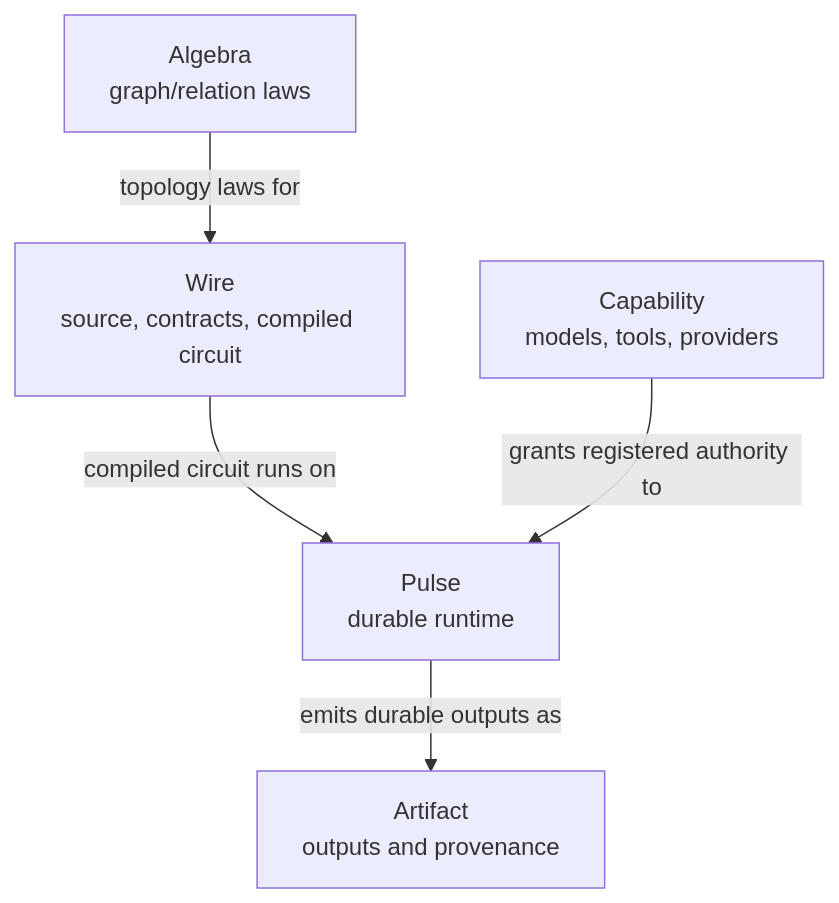
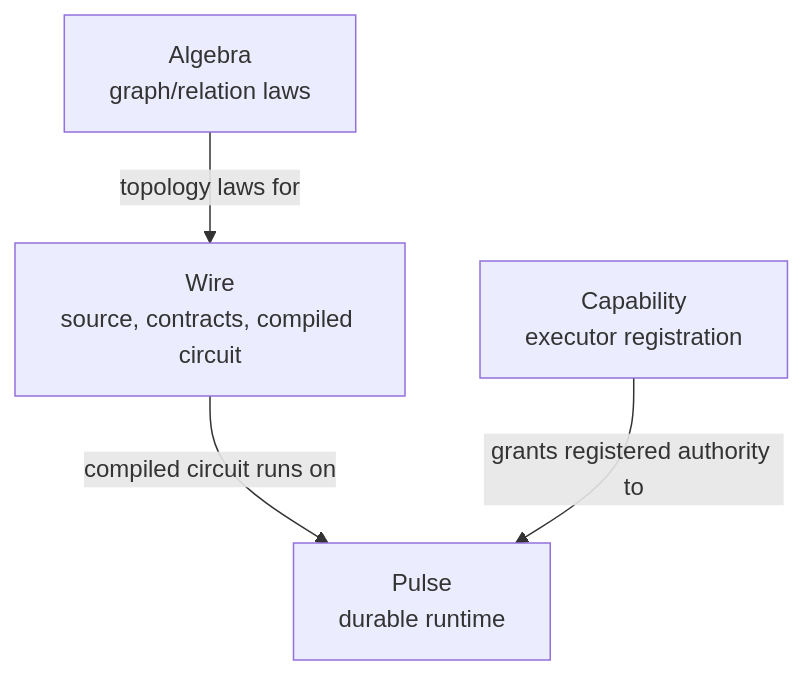
One commit to Digimuoto/cortex changed the diagram in docs/taxonomy.md. Above: the diagram before and after it, drawn with Mermaid. The commit also changed other lines of this file and 60 other files, not shown here.

````diff
--- a/docs/taxonomy.md
+++ b/docs/taxonomy.md
@@ -19,13 +19,11 @@
 ```mermaid
 flowchart TD
     A[Algebra<br/>graph/relation laws]
     W[Wire<br/>source, contracts, compiled circuit]
     P[Pulse<br/>durable runtime]
-    C[Capability<br/>models, tools, providers]
-    R[Artifact<br/>outputs and provenance]
+    C[Capability<br/>executor registration]
 
     A -- "topology laws for" --> W
     W -- "compiled circuit runs on" --> P
     C -- "grants registered authority to" --> P
-    P -- "emits durable outputs as" --> R
 ```
````
